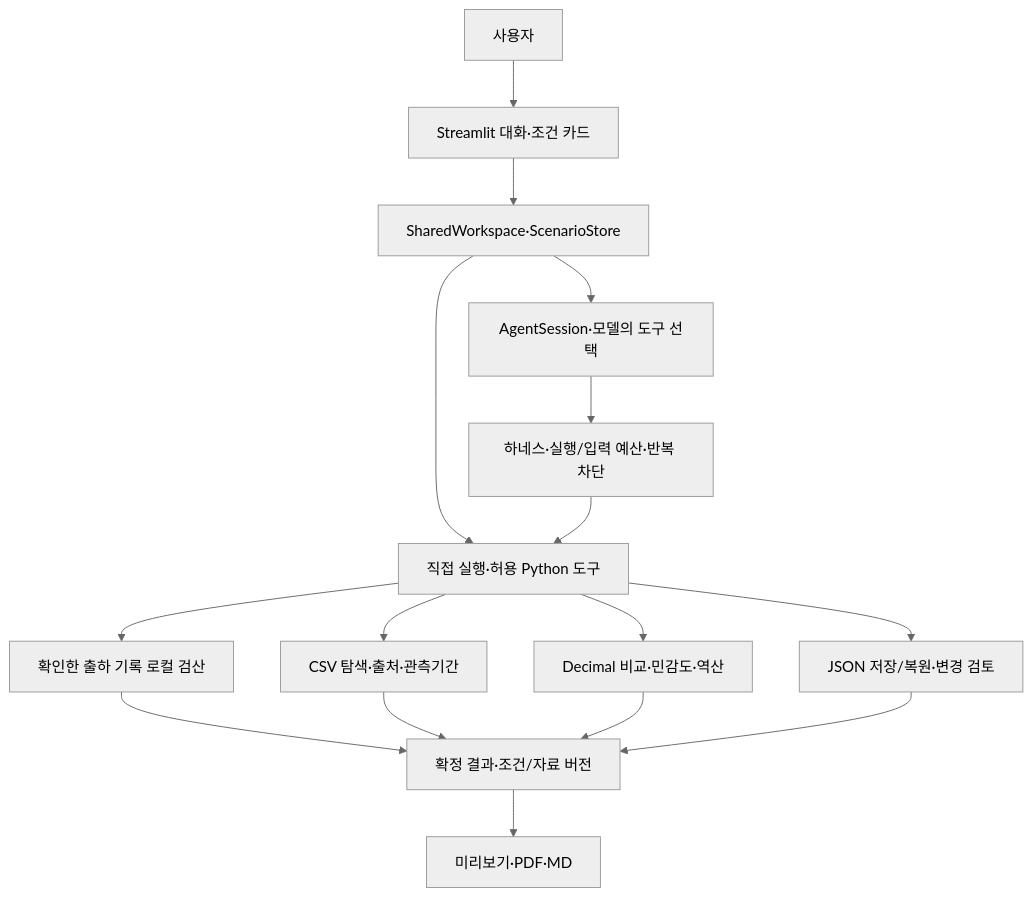
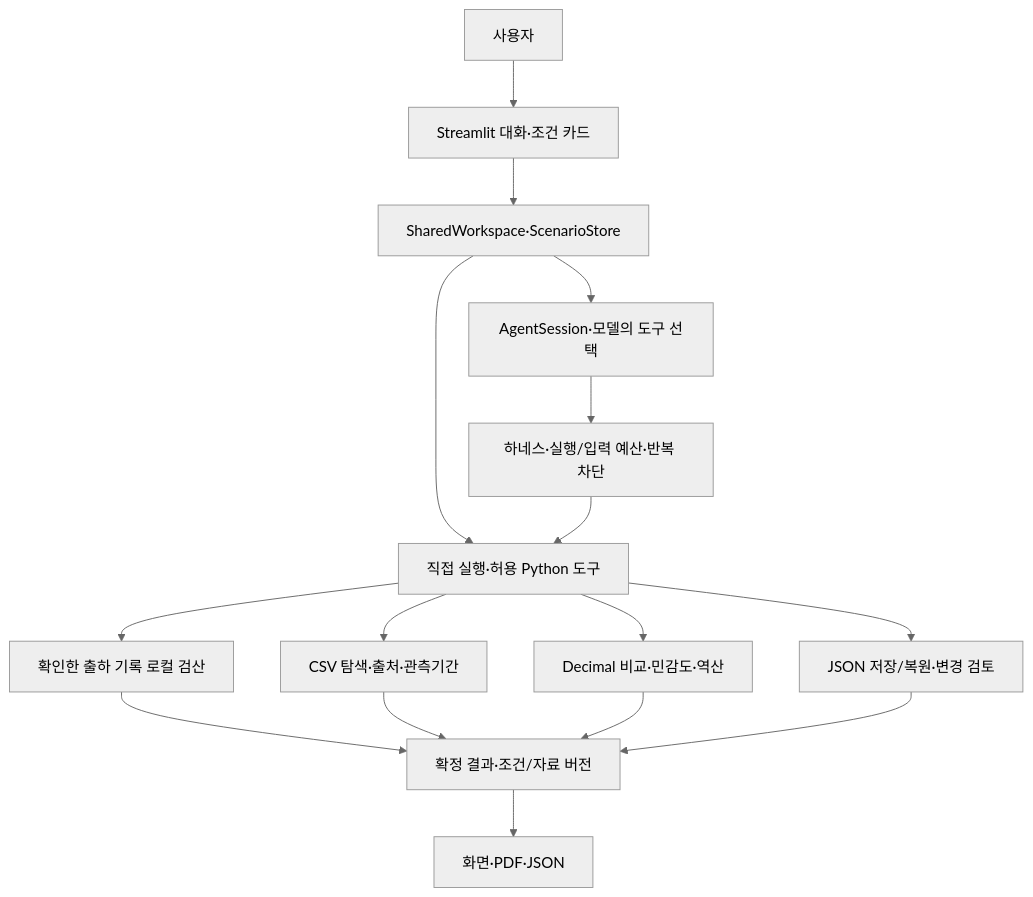
One commit to idenist/jeju-ai-agent-project changed the diagram in README.md. Above: the diagram before and after it, drawn with Mermaid (neutral theme). The commit also changed other lines of this file and 2 other files, not shown here.

````diff
--- a/README.md
+++ b/README.md
@@ -55,18 +58,18 @@
 ```mermaid
 flowchart TB
     U["사용자"] --> UI["Streamlit 대화·조건 카드"]
     UI --> W["SharedWorkspace·ScenarioStore"]
     W --> A["AgentSession·모델의 도구 선택"]
     W --> T["직접 실행·허용 Python 도구"]
     A --> H["하네스·실행/입력 예산·반복 차단"]
     H --> T
     T --> D["CSV 탐색·출처·관측기간"]
     T --> C["Decimal 비교·민감도·역산"]
     T --> J["JSON 저장/복원·변경 검토"]
     T --> S["확인한 출하 기록 로컬 검산"]
     S --> R
     D --> R["확정 결과·조건/자료 버전"]
     C --> R
     J --> R
-    R --> P["미리보기·PDF·MD"]
+    R --> P["화면·PDF·JSON"]
 ```
````
